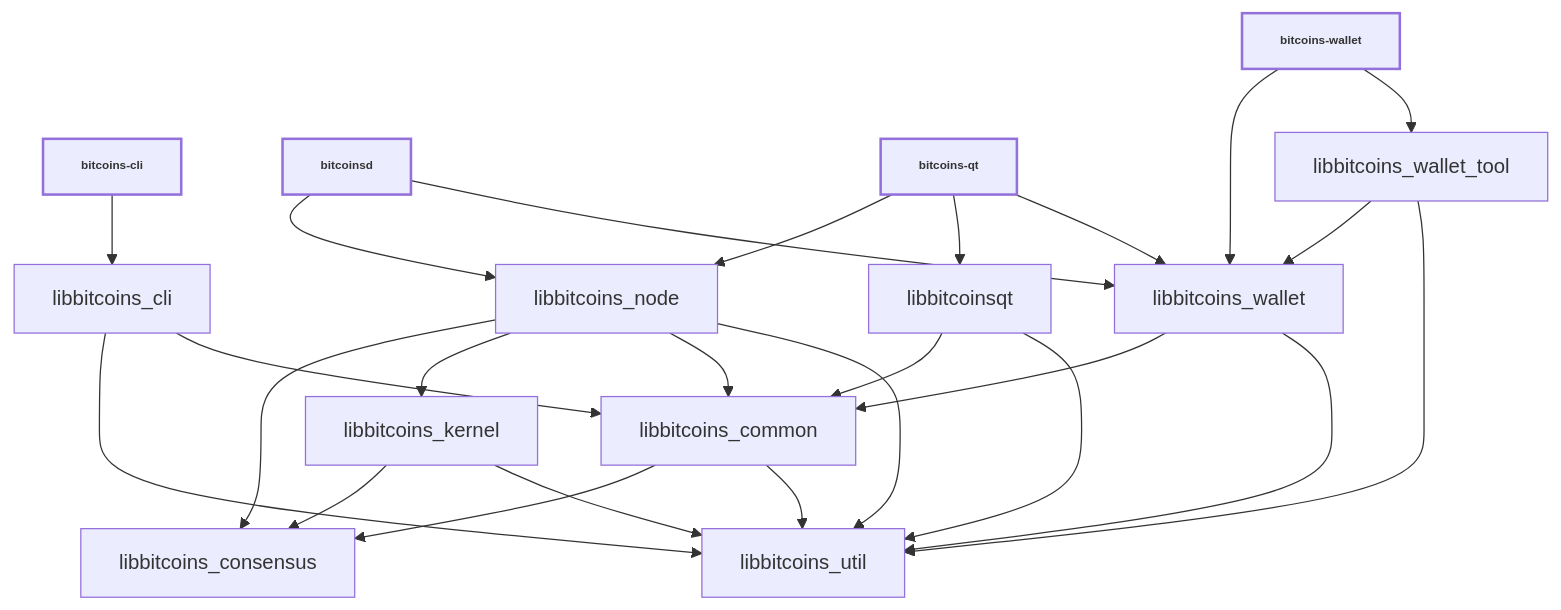
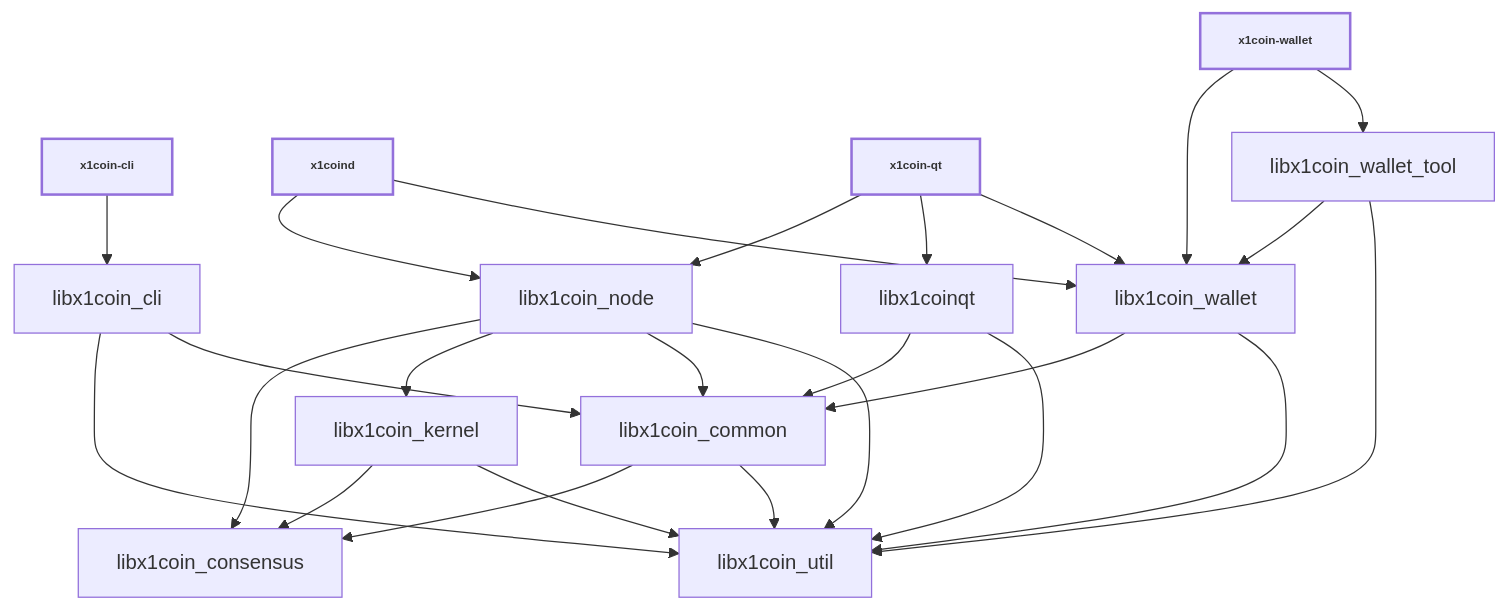
The diagram in doc/design/libraries.md (bLeYeNk/X1Coin), drawn with Mermaid before and after one commit. The commit also changed other lines of this file and 1519 other files, not shown here.

````diff
--- a/doc/design/libraries.md
+++ b/doc/design/libraries.md
@@ -36,44 +36,44 @@
 ```mermaid
 
 %%{ init : { "flowchart" : { "curve" : "basis" }}}%%
 
 graph TD;
 
-bitcoins-cli[bitcoins-cli]-->libbitcoins_cli;
+x1coin-cli[x1coin-cli]-->libx1coin_cli;
 
-bitcoinsd[bitcoinsd]-->libbitcoins_node;
-bitcoinsd[bitcoinsd]-->libbitcoins_wallet;
+x1coind[x1coind]-->libx1coin_node;
+x1coind[x1coind]-->libx1coin_wallet;
 
-bitcoins-qt[bitcoins-qt]-->libbitcoins_node;
-bitcoins-qt[bitcoins-qt]-->libbitcoinsqt;
-bitcoins-qt[bitcoins-qt]-->libbitcoins_wallet;
+x1coin-qt[x1coin-qt]-->libx1coin_node;
+x1coin-qt[x1coin-qt]-->libx1coinqt;
+x1coin-qt[x1coin-qt]-->libx1coin_wallet;
 
-bitcoins-wallet[bitcoins-wallet]-->libbitcoins_wallet;
-bitcoins-wallet[bitcoins-wallet]-->libbitcoins_wallet_tool;
+x1coin-wallet[x1coin-wallet]-->libx1coin_wallet;
+x1coin-wallet[x1coin-wallet]-->libx1coin_wallet_tool;
 
-libbitcoins_cli-->libbitcoins_util;
-libbitcoins_cli-->libbitcoins_common;
+libx1coin_cli-->libx1coin_util;
+libx1coin_cli-->libx1coin_common;
 
-libbitcoins_common-->libbitcoins_consensus;
-libbitcoins_common-->libbitcoins_util;
+libx1coin_common-->libx1coin_consensus;
+libx1coin_common-->libx1coin_util;
 
-libbitcoins_kernel-->libbitcoins_consensus;
-libbitcoins_kernel-->libbitcoins_util;
+libx1coin_kernel-->libx1coin_consensus;
+libx1coin_kernel-->libx1coin_util;
 
-libbitcoins_node-->libbitcoins_consensus;
-libbitcoins_node-->libbitcoins_kernel;
-libbitcoins_node-->libbitcoins_common;
-libbitcoins_node-->libbitcoins_util;
+libx1coin_node-->libx1coin_consensus;
+libx1coin_node-->libx1coin_kernel;
+libx1coin_node-->libx1coin_common;
+libx1coin_node-->libx1coin_util;
 
-libbitcoinsqt-->libbitcoins_common;
-libbitcoinsqt-->libbitcoins_util;
+libx1coinqt-->libx1coin_common;
+libx1coinqt-->libx1coin_util;
 
-libbitcoins_wallet-->libbitcoins_common;
-libbitcoins_wallet-->libbitcoins_util;
+libx1coin_wallet-->libx1coin_common;
+libx1coin_wallet-->libx1coin_util;
 
-libbitcoins_wallet_tool-->libbitcoins_wallet;
-libbitcoins_wallet_tool-->libbitcoins_util;
+libx1coin_wallet_tool-->libx1coin_wallet;
+libx1coin_wallet_tool-->libx1coin_util;
 
 classDef bold stroke-width:2px, font-weight:bold, font-size: smaller;
-class bitcoins-qt,bitcoinsd,bitcoins-cli,bitcoins-wallet bold
+class x1coin-qt,x1coind,x1coin-cli,x1coin-wallet bold
 ```
````
